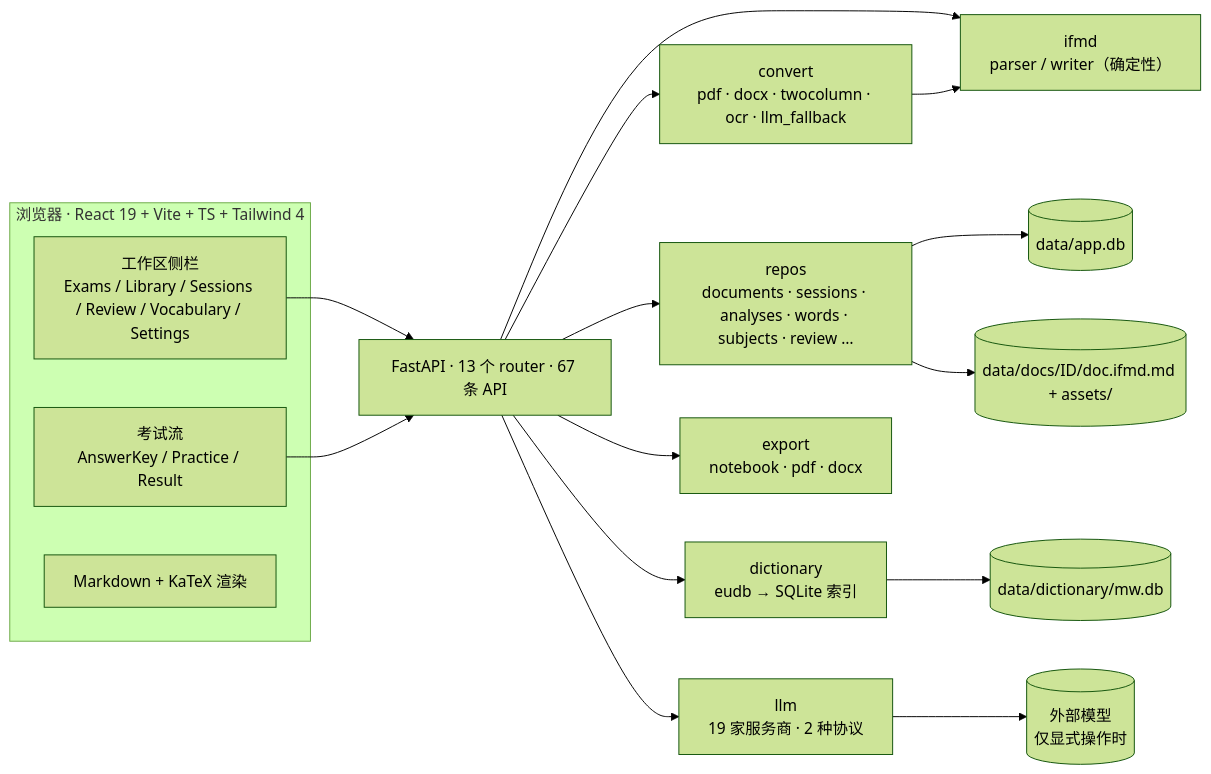
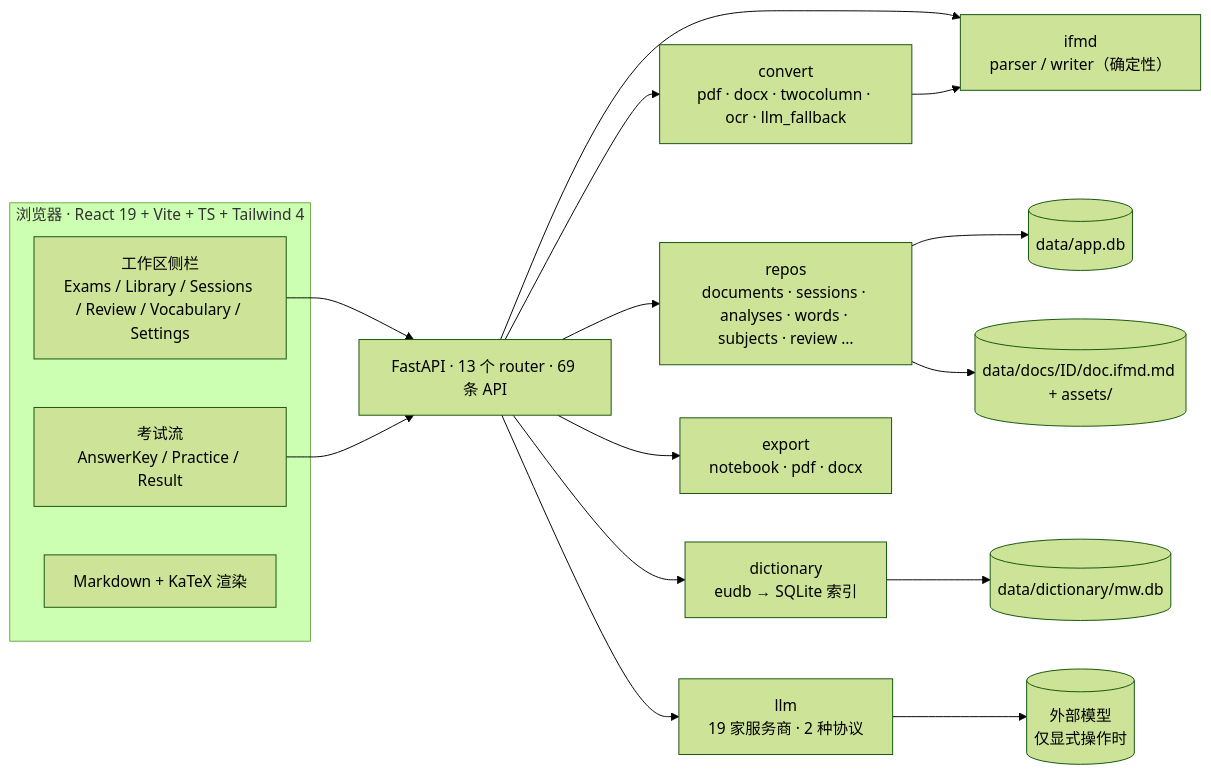
One commit to JasonSun2009CN/InteFlow changed the second of 2 diagrams in docs/OVERVIEW.md. Above: the diagram before and after it, drawn with Mermaid (forest theme). The commit also changed other lines of this file and 29 other files, not shown here.

````diff
--- a/docs/OVERVIEW.md
+++ b/docs/OVERVIEW.md
@@ -123,35 +123,35 @@
 ```mermaid
 flowchart LR
   subgraph Browser["浏览器 · React 19 + Vite + TS + Tailwind 4"]
     UI["工作区侧栏<br/>Exams / Library / Sessions / Review / Vocabulary / Settings"]
     EXAM["考试流<br/>AnswerKey / Practice / Result"]
     MD["Markdown + KaTeX 渲染"]
   end
 
-  API["FastAPI · 13 个 router · 67 条 API"]
+  API["FastAPI · 13 个 router · 69 条 API"]
   CONV["convert<br/>pdf · docx · twocolumn · ocr · llm_fallback"]
   IFMD["ifmd<br/>parser / writer（确定性）"]
   REPO["repos<br/>documents · sessions · analyses · words · subjects · review …"]
   DICT["dictionary<br/>eudb → SQLite 索引"]
   EXPO["export<br/>notebook · pdf · docx"]
   LLM["llm<br/>19 家服务商 · 2 种协议"]
 
   DB[("data/app.db")]
   FS[("data/docs/ID/doc.ifmd.md + assets/")]
   MW[("data/dictionary/mw.db")]
   PROV[("外部模型<br/>仅显式操作时")]
 
   UI --> API
   EXAM --> API
   API --> CONV
   API --> IFMD
   API --> REPO
   API --> DICT
   API --> EXPO
   API --> LLM
   CONV --> IFMD
   REPO --> DB
   REPO --> FS
   DICT --> MW
   LLM --> PROV
 ```
````
